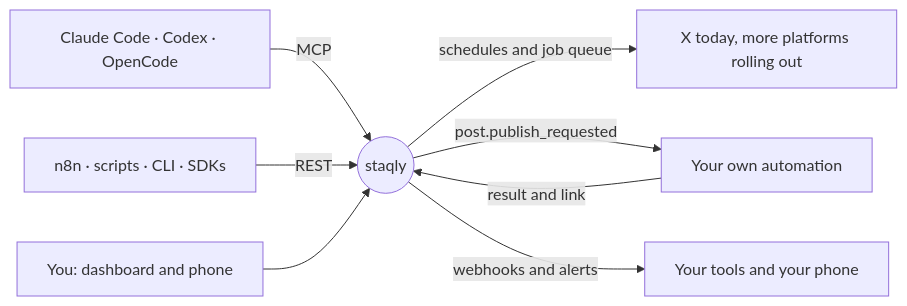
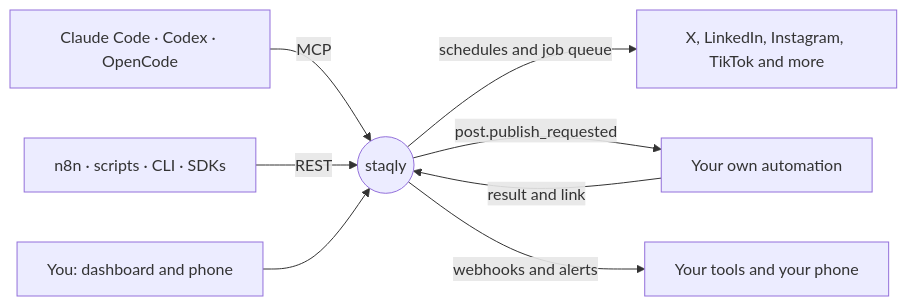
One commit to staqly/staqly changed the diagram in README.md. Above: the diagram before and after it, drawn with Mermaid. The commit also changed other lines of this file and 39 other files, not shown here.

````diff
--- a/README.md
+++ b/README.md
@@ -160,10 +160,10 @@
 ```mermaid
 flowchart LR
   A[Claude Code · Codex · OpenCode] -- MCP --> S((staqly))
   N[n8n · scripts · CLI · SDKs] -- REST --> S
   P[You: dashboard and phone] --> S
-  S -- schedules and job queue --> C[X today, more platforms rolling out]
+  S -- schedules and job queue --> C[X, LinkedIn, Instagram, TikTok and more]
   S -- post.publish_requested --> O[Your own automation]
   O -- result and link --> S
   S -- webhooks and alerts --> T[Your tools and your phone]
 ```
````
